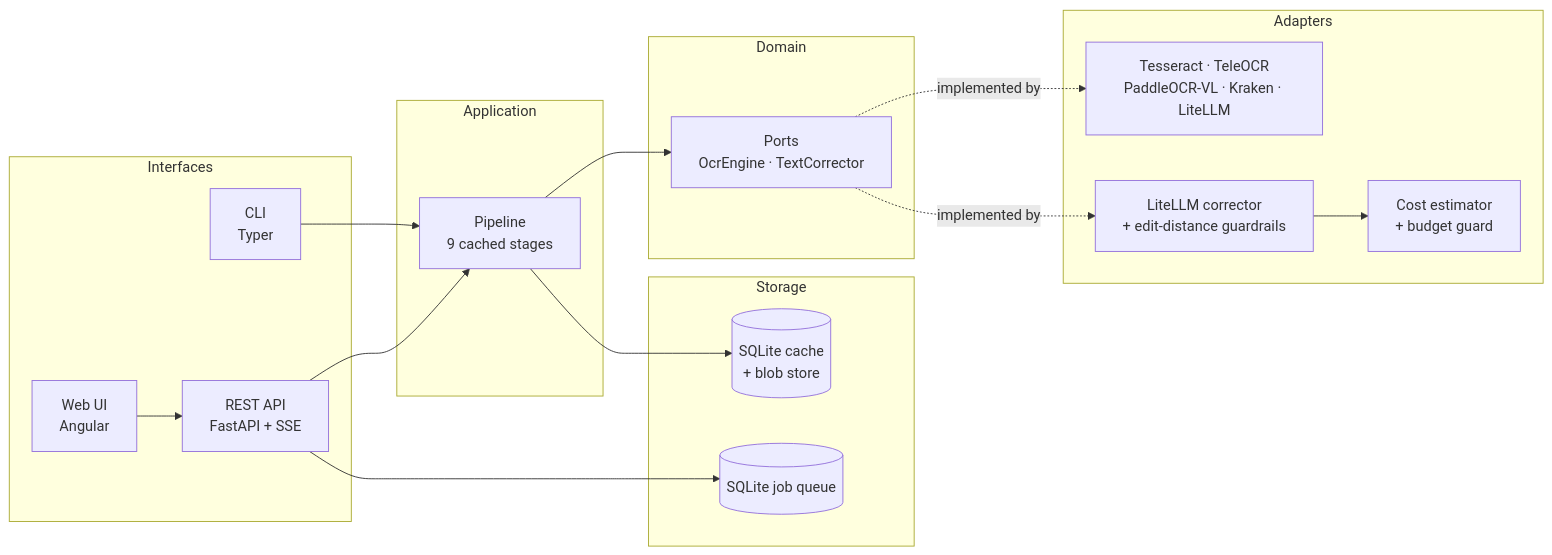
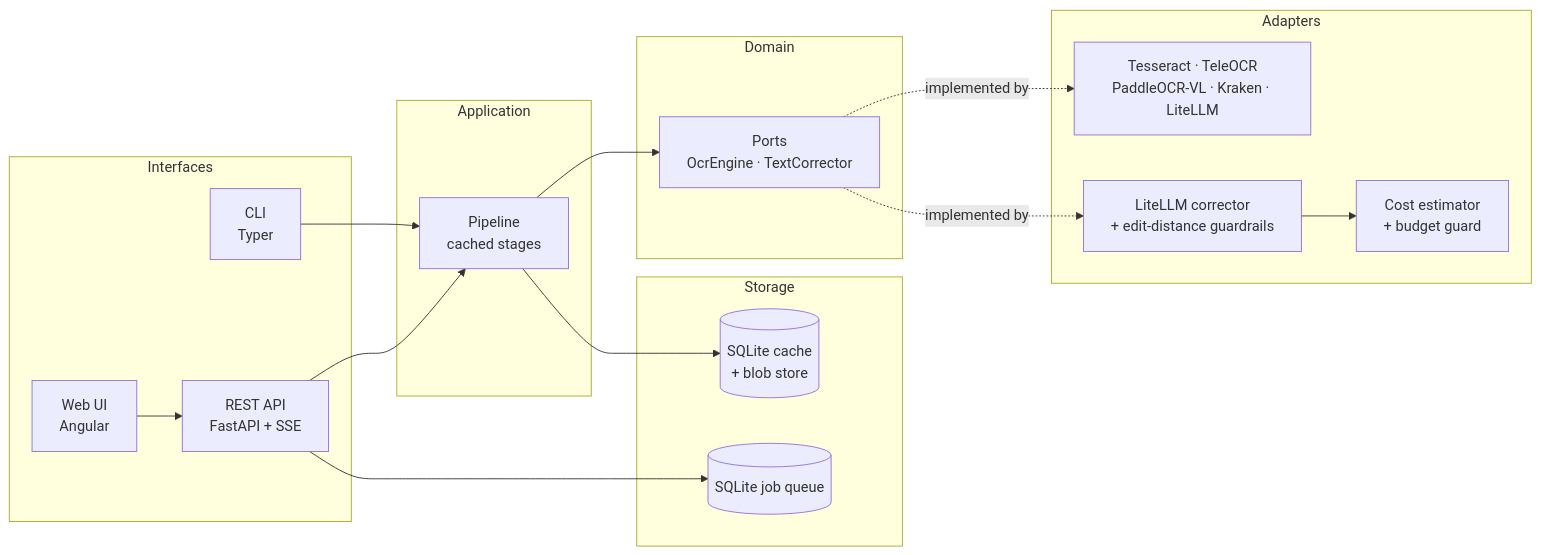
One commit to WassimAarab08/scan2epub changed the diagram in README.md. Above: the diagram before and after it, drawn with Mermaid. The commit also changed 7 other files, not shown here.

````diff
--- a/README.md
+++ b/README.md
@@ -121,32 +121,32 @@
 ```mermaid
 flowchart LR
   subgraph Interfaces
     CLI[CLI<br/>Typer]
     API[REST API<br/>FastAPI + SSE]
     WEB[Web UI<br/>Angular]
   end
   subgraph Application
-    PIPE[Pipeline<br/>9 cached stages]
+    PIPE[Pipeline<br/>cached stages]
   end
   subgraph Domain
     PORTS[Ports<br/>OcrEngine · TextCorrector]
   end
   subgraph Adapters
     OCR[Tesseract · TeleOCR<br/>PaddleOCR-VL · Kraken · LiteLLM]
     CORR[LiteLLM corrector<br/>+ edit-distance guardrails]
     COST[Cost estimator<br/>+ budget guard]
   end
   subgraph Storage
     CACHE[(SQLite cache<br/>+ blob store)]
     JOBS[(SQLite job queue)]
   end
   CLI --> PIPE
   API --> PIPE
   WEB --> API
   PIPE --> PORTS
   PORTS -.implemented by.-> OCR
   PORTS -.implemented by.-> CORR
   CORR --> COST
   PIPE --> CACHE
   API --> JOBS
 ```
````
